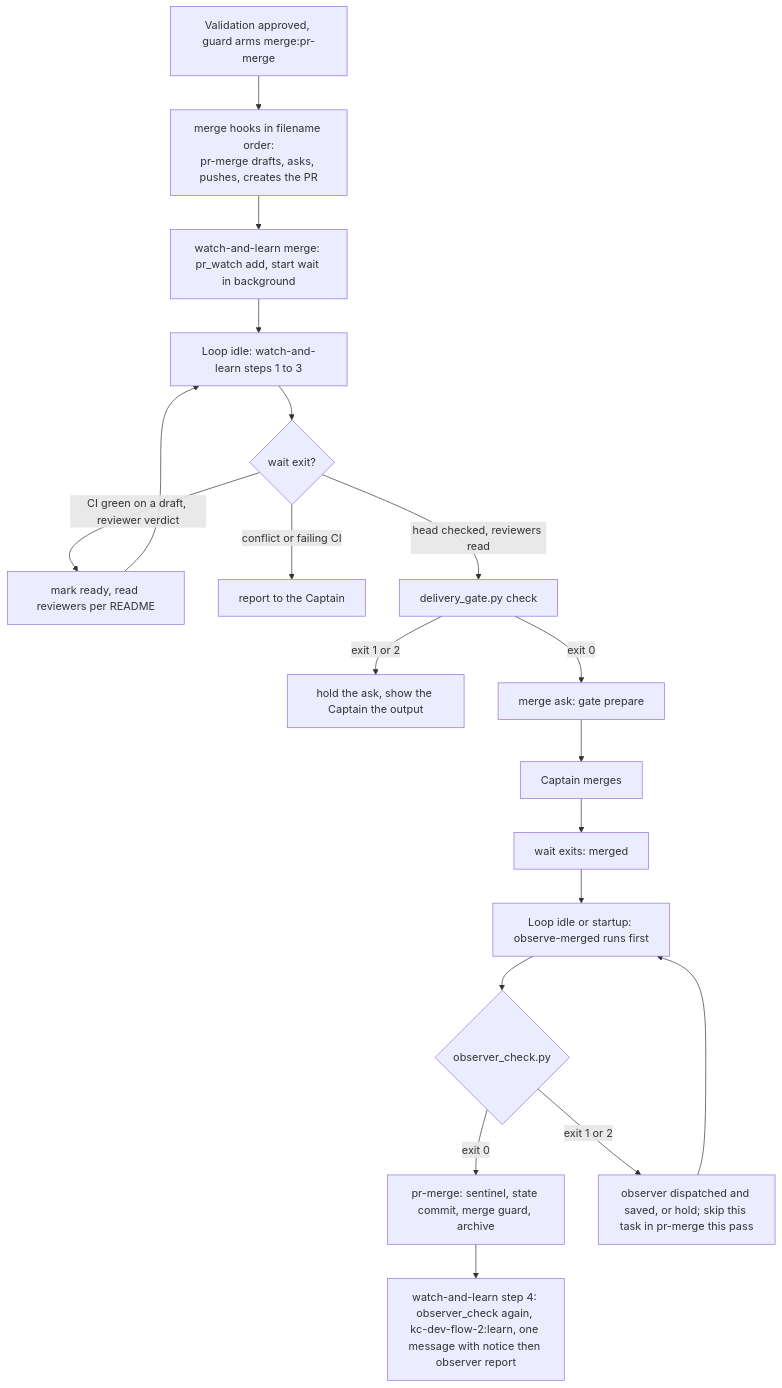
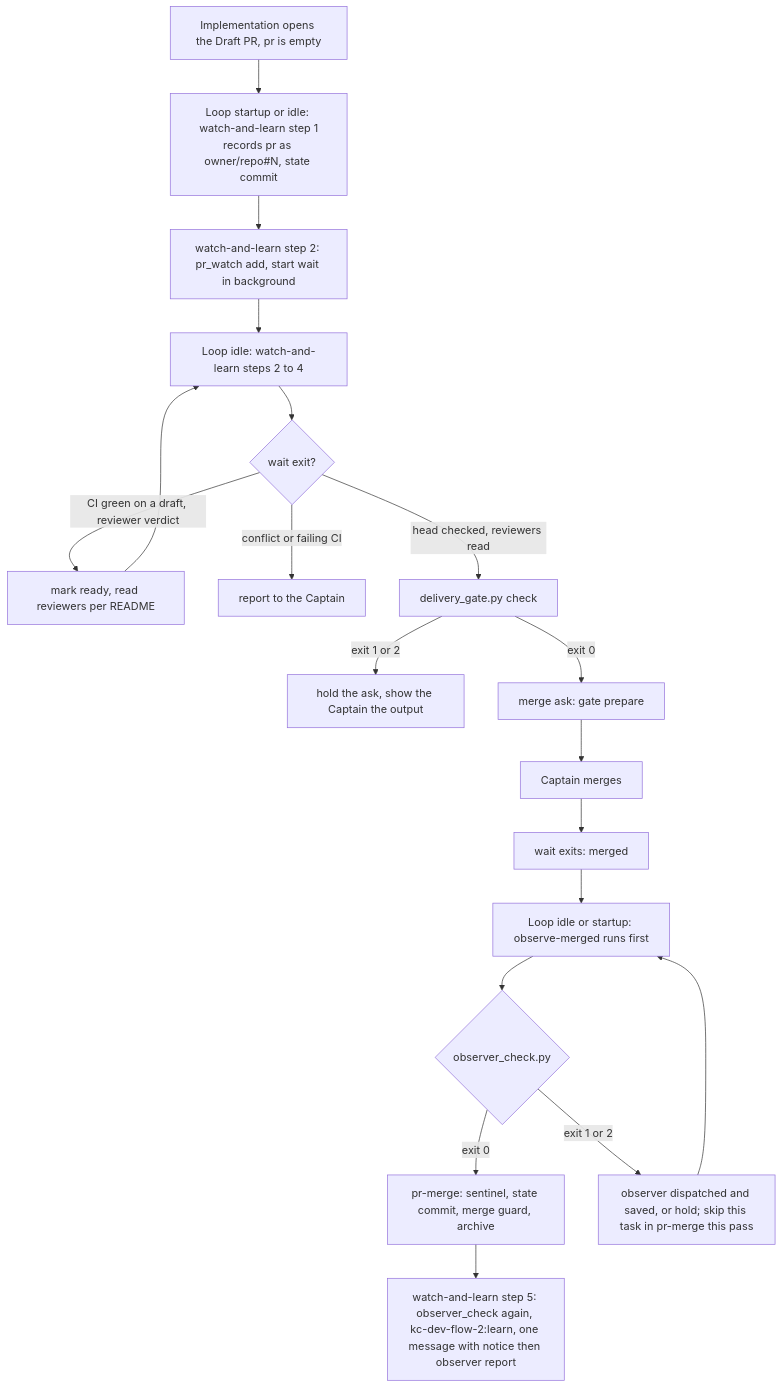
The diagram in fo-lifecycle-mod.md (iamcxa/kc-claude-plugins), drawn with Mermaid before and after one commit. The commit also changed other lines of this file, not shown here.

Commit message:
state: fo-lifecycle-mod implementation cycle 2 report, AC-1 and flow per amendment 1

````diff
--- a/fo-lifecycle-mod.md
+++ b/fo-lifecycle-mod.md
@@ -146,21 +146,21 @@
 ```mermaid
 flowchart TD
-    A["Validation approved, guard arms merge:pr-merge"] --> B["merge hooks in filename order:<br/>pr-merge drafts, asks, pushes, creates the PR"]
-    B --> C["watch-and-learn merge: pr_watch add, start wait in background"]
-    C --> D["Loop idle: watch-and-learn steps 1 to 3"]
+    A["Implementation opens the Draft PR, pr is empty"] --> B["Loop startup or idle: watch-and-learn step 1<br/>records pr as owner/repo#N, state commit"]
+    B --> C["watch-and-learn step 2: pr_watch add, start wait in background"]
+    C --> D["Loop idle: watch-and-learn steps 2 to 4"]
     D --> E{"wait exit?"}
     E -- "CI green on a draft, reviewer verdict" --> F["mark ready, read reviewers per README"]
     F --> D
     E -- "conflict or failing CI" --> G["report to the Captain"]
     E -- "head checked, reviewers read" --> H["delivery_gate.py check"]
     H -- "exit 1 or 2" --> I["hold the ask, show the Captain the output"]
     H -- "exit 0" --> J["merge ask: gate prepare"]
     J --> K["Captain merges"]
     K --> L["wait exits: merged"]
     L --> M["Loop idle or startup: observe-merged runs first"]
     M --> N{"observer_check.py"}
     N -- "exit 0" --> O["pr-merge: sentinel, state commit, merge guard, archive"]
     N -- "exit 1 or 2" --> P["observer dispatched and saved, or hold; skip this task in pr-merge this pass"]
     P --> M
-    O --> Q["watch-and-learn step 4: observer_check again, kc-dev-flow-2:learn, one message with notice then observer report"]
+    O --> Q["watch-and-learn step 5: observer_check again, kc-dev-flow-2:learn, one message with notice then observer report"]
 ```
````
